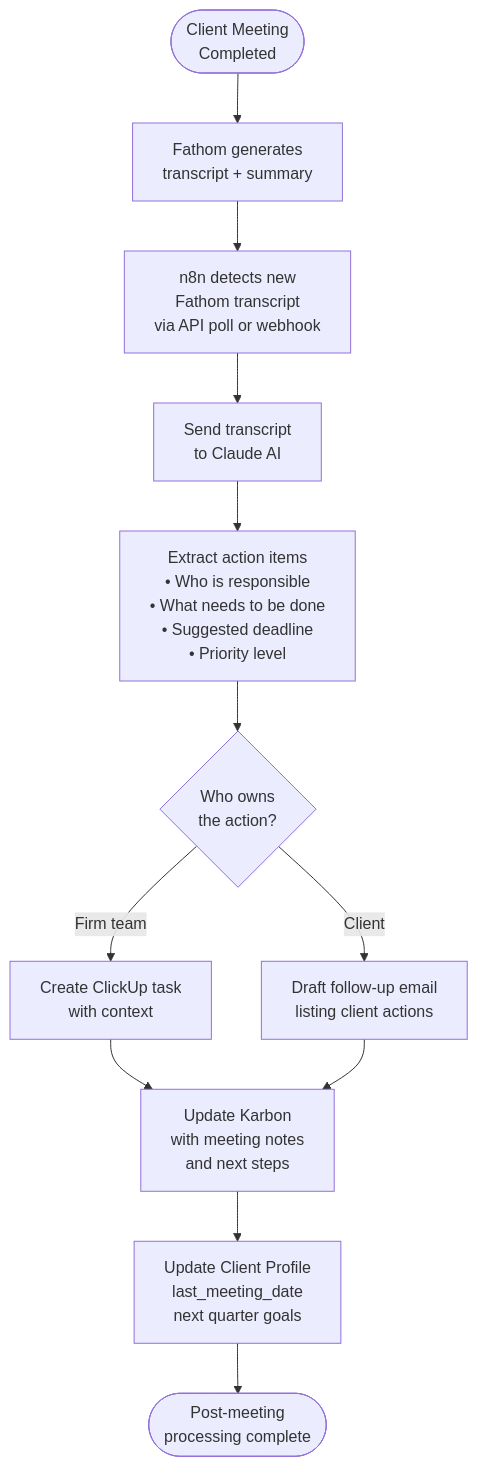
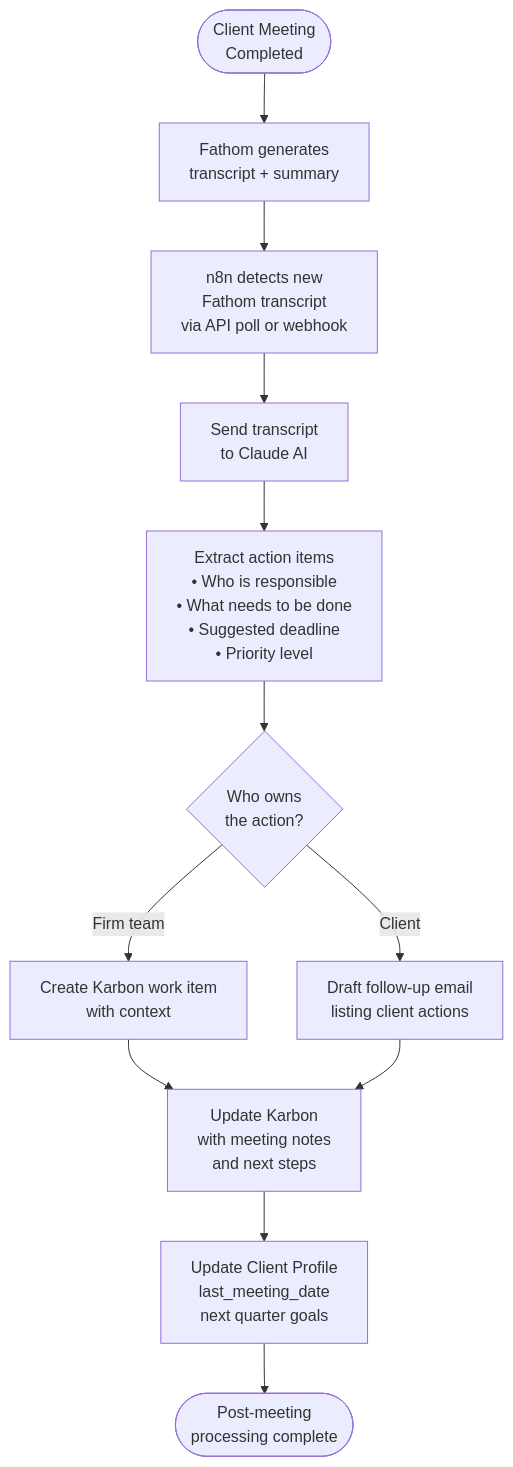
One commit to dkinvestments-art/n8n changed diagram 12 of 20 in docs/quarterly-meeting-automation/05-Comprehensive-Workflow-Documentation.md. Above: the diagram before and after it, drawn with Mermaid. The commit also changed other lines of this file, not shown here.

First line of the commit message:
docs: Apply payroll-manual and Karbon task changes to workflow doc

````diff
--- a/docs/quarterly-meeting-automation/05-Comprehensive-Workflow-Documentation.md
+++ b/docs/quarterly-meeting-automation/05-Comprehensive-Workflow-Documentation.md
@@ -629,22 +616,22 @@
 ```mermaid
 flowchart TD
     MEETING([Client Meeting<br/>Completed]) --> FATHOM[Fathom generates<br/>transcript + summary]
 
     FATHOM --> DETECT[n8n detects new<br/>Fathom transcript<br/>via API poll or webhook]
 
     DETECT --> CLAUDE[Send transcript<br/>to Claude AI]
 
     CLAUDE --> EXTRACT[Extract action items<br/>• Who is responsible<br/>• What needs to be done<br/>• Suggested deadline<br/>• Priority level]
 
     EXTRACT --> SPLIT{Who owns<br/>the action?}
 
-    SPLIT -->|Firm team| CLICKUP[Create ClickUp task<br/>with context]
+    SPLIT -->|Firm team| KARBON_TASK[Create Karbon work item<br/>with context]
     SPLIT -->|Client| EMAIL_DRAFT[Draft follow-up email<br/>listing client actions]
 
-    CLICKUP --> KARBON[Update Karbon<br/>with meeting notes<br/>and next steps]
+    KARBON_TASK --> KARBON[Update Karbon<br/>with meeting notes<br/>and next steps]
     EMAIL_DRAFT --> KARBON
 
     KARBON --> PROFILE_UPDATE[Update Client Profile<br/>last_meeting_date<br/>next quarter goals]
 
     PROFILE_UPDATE --> OUT([Post-meeting<br/>processing complete])
 ```
````
